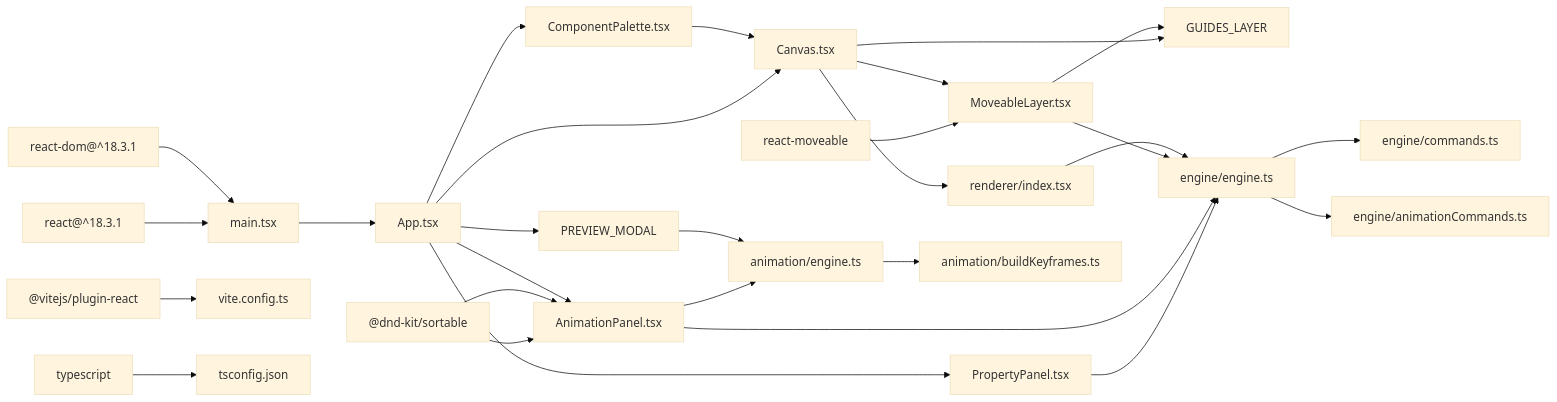
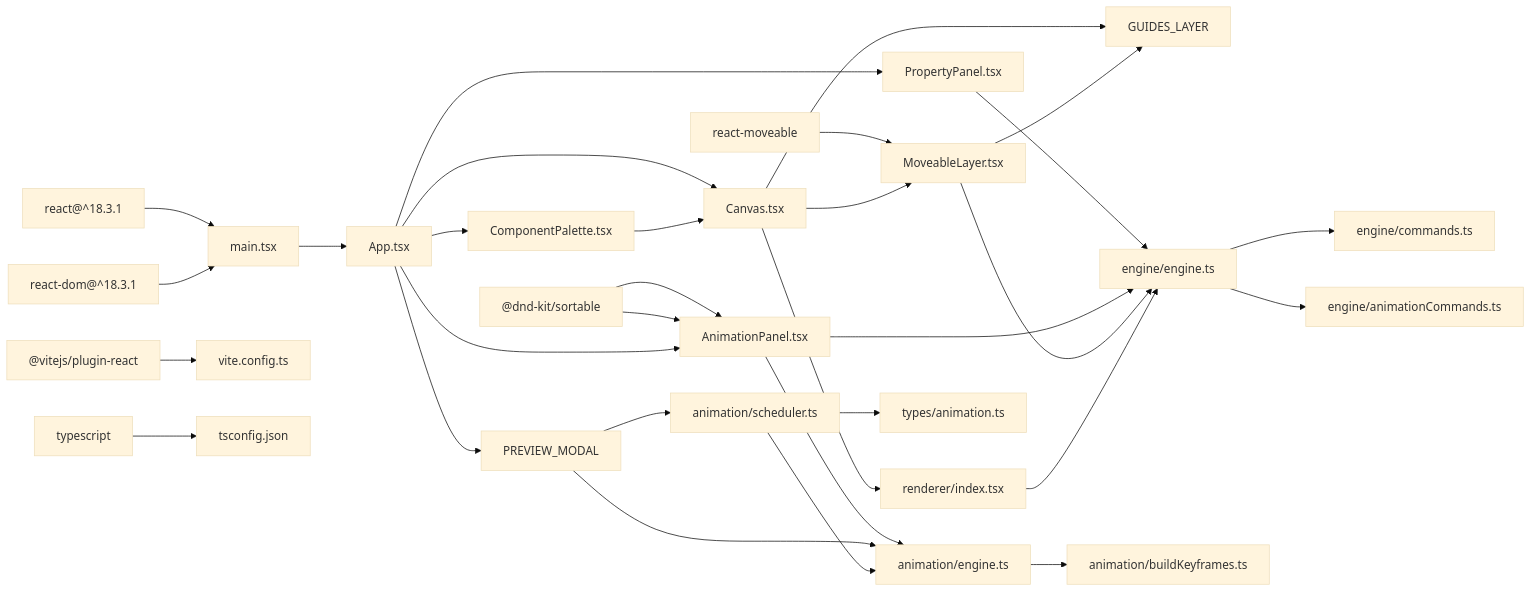
One commit to Anna0314zy/ai_editor_enginer changed the third of 3 diagrams in .qoder/repowiki/en/content/User Interface Components/User Interface Components.md. Above: the diagram before and after it, drawn with Mermaid (base theme). The commit also changed other lines of this file and 8 other files, not shown here.

````diff
--- a/.qoder/repowiki/en/content/User Interface Components/User Interface Components.md
+++ b/.qoder/repowiki/en/content/User Interface Components/User Interface Components.md
@@ -486,30 +529,33 @@
 ```mermaid
 graph LR
 REACT["react@^18.3.1"] --> MAIN["main.tsx"]
 REACTDOM["react-dom@^18.3.1"] --> MAIN
 VITE["@vitejs/plugin-react"] --> CONFIG["vite.config.ts"]
 TYPESCRIPT["typescript"] --> TSCONFIG["tsconfig.json"]
 DNDKIT["@dnd-kit/core"] --> ANIMATION_PANEL["AnimationPanel.tsx"]
 DNDKIT["@dnd-kit/sortable"] --> ANIMATION_PANEL
 REACTMOVEABLE["react-moveable"] --> MOVEABLE_LAYER["MoveableLayer.tsx"]
 MAIN --> APP["App.tsx"]
 APP --> PALETTE["ComponentPalette.tsx"]
 APP --> CANVAS["Canvas.tsx"]
 APP --> PROPERTY_PANEL["PropertyPanel.tsx"]
 APP --> ANIMATION_PANEL
 APP --> PREVIEW_MODAL
 CANVAS --> MOVEABLE_LAYER
 CANVAS --> GUIDES_LAYER
 CANVAS --> RENDERER["renderer/index.tsx"]
 PALETTE --> CANVAS
 PROPERTY_PANEL --> ENGINE["engine/engine.ts"]
 ANIMATION_PANEL --> ENGINE
 ANIMATION_PANEL --> ANIMATION_ENGINE["animation/engine.ts"]
 PREVIEW_MODAL --> ANIMATION_ENGINE
+PREVIEW_MODAL --> ANIMATION_SCHEDULER["animation/scheduler.ts"]
 MOVEABLE_LAYER --> ENGINE
 MOVEABLE_LAYER --> GUIDES_LAYER
 RENDERER --> ENGINE
 ENGINE --> COMMANDS["engine/commands.ts"]
 ENGINE --> ANIMATION_COMMANDS["engine/animationCommands.ts"]
 ANIMATION_ENGINE --> BUILD_KEYFRAMES["animation/buildKeyframes.ts"]
+ANIMATION_SCHEDULER --> ANIMATION_ENGINE
+ANIMATION_SCHEDULER --> ANIMATION_TYPES["types/animation.ts"]
 ```
````
